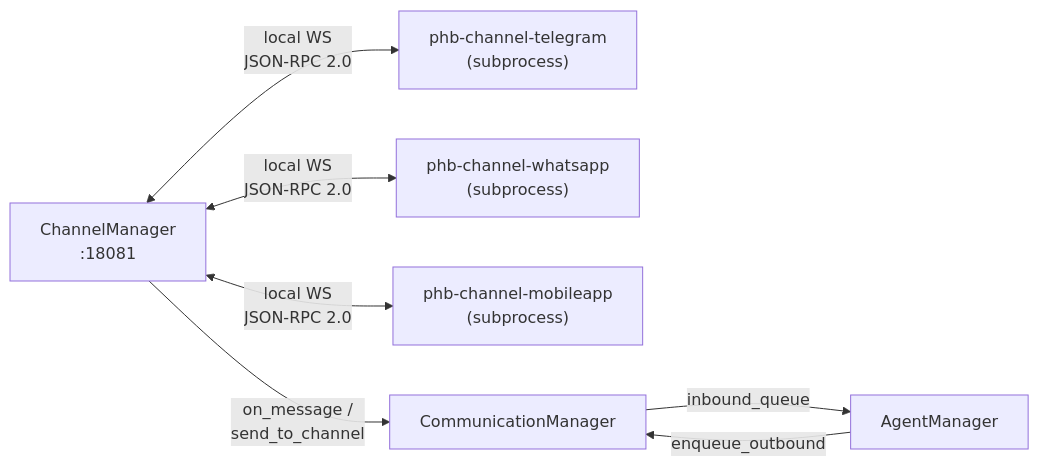
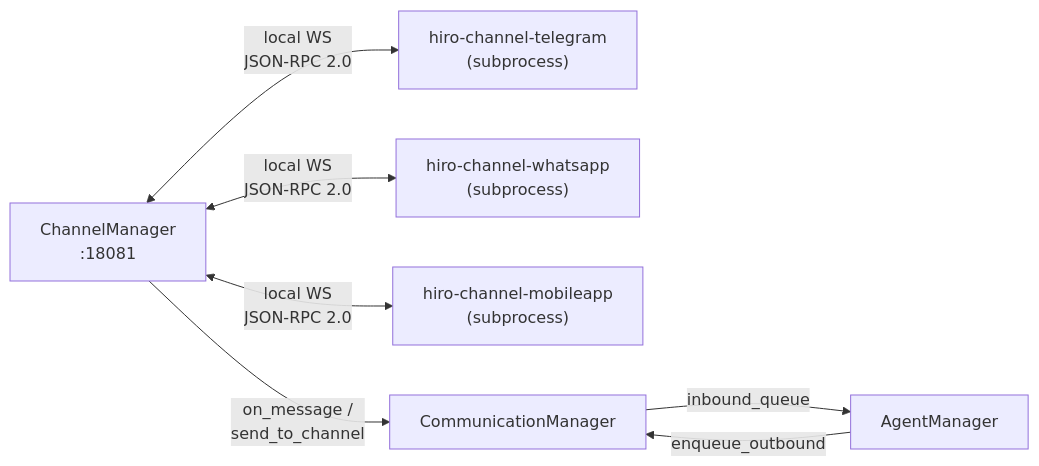
Before and after one commit to rendermagix/hiroleague: the diagram in diagram-gen/sources/channel-plugin-architecture--diagram-1.mmd, drawn with Mermaid. The commit also changed 260 other files, not shown here.

Commit message:
refactoring phb into hiro

```diff
--- a/diagram-gen/sources/channel-plugin-architecture--diagram-1.mmd
+++ b/diagram-gen/sources/channel-plugin-architecture--diagram-1.mmd
@@ -1,14 +1,14 @@
 graph LR
     PM["ChannelManager<br/>:18081"]
-    TG["phb-channel-telegram<br/>(subprocess)"]
-    WA["phb-channel-whatsapp<br/>(subprocess)"]
-    MA["phb-channel-mobileapp<br/>(subprocess)"]
+    TG["hiro-channel-telegram<br/>(subprocess)"]
+    WA["hiro-channel-whatsapp<br/>(subprocess)"]
+    MA["hiro-channel-mobileapp<br/>(subprocess)"]
     CM["CommunicationManager"]
     AM["AgentManager"]
 
     PM <-->|"local WS<br/>JSON-RPC 2.0"| TG
     PM <-->|"local WS<br/>JSON-RPC 2.0"| WA
     PM <-->|"local WS<br/>JSON-RPC 2.0"| MA
     PM -->|"on_message /<br/>send_to_channel"| CM
     CM -->|"inbound_queue"| AM
     AM -->|"enqueue_outbound"| CM
```
